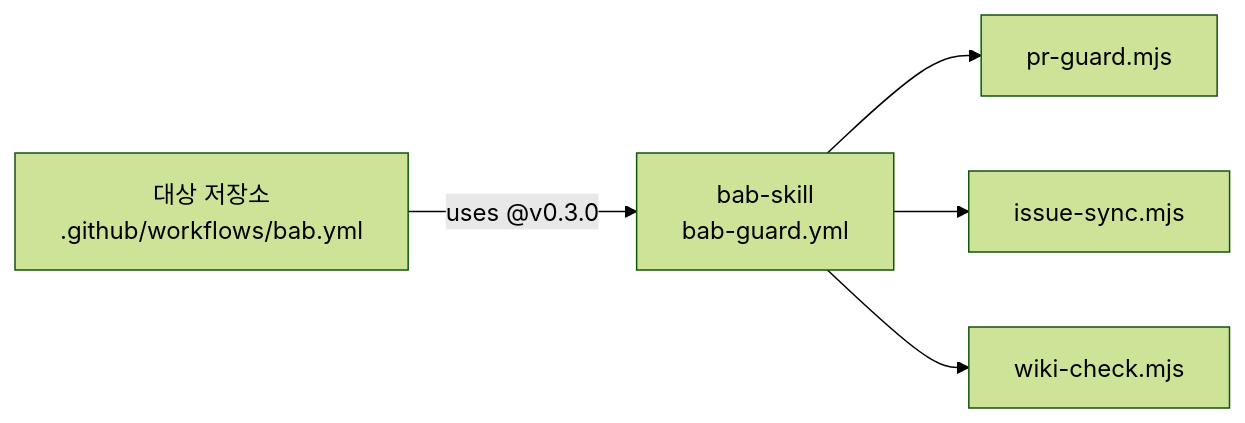
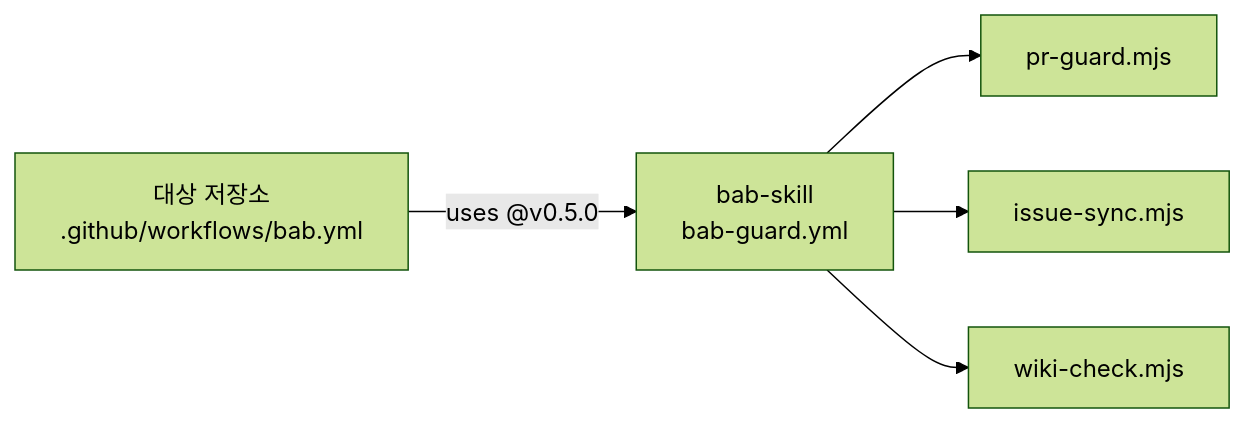
Before and after one commit to freevue/bab-skill: the second of 4 diagrams in README.md, drawn with Mermaid (forest theme). The commit also changed other lines of this file and 9 other files, not shown here.

````diff
--- a/README.md
+++ b/README.md
@@ -461,7 +461,7 @@
 ```mermaid
 flowchart LR
-  A[대상 저장소<br/>.github/workflows/bab.yml] -->|uses @v0.3.0| B[bab-skill<br/>bab-guard.yml]
+  A[대상 저장소<br/>.github/workflows/bab.yml] -->|uses @v0.5.0| B[bab-skill<br/>bab-guard.yml]
   B --> C[pr-guard.mjs]
   B --> D[issue-sync.mjs]
   B --> E[wiki-check.mjs]
 ```
````
